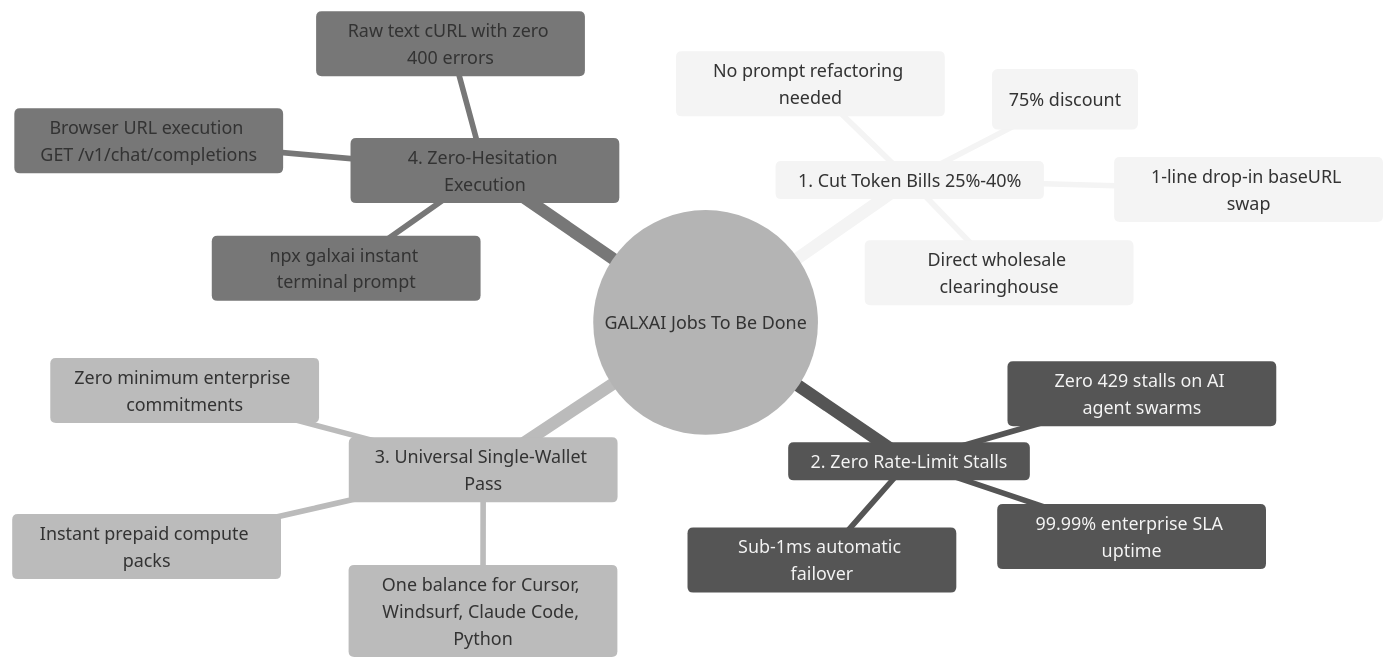
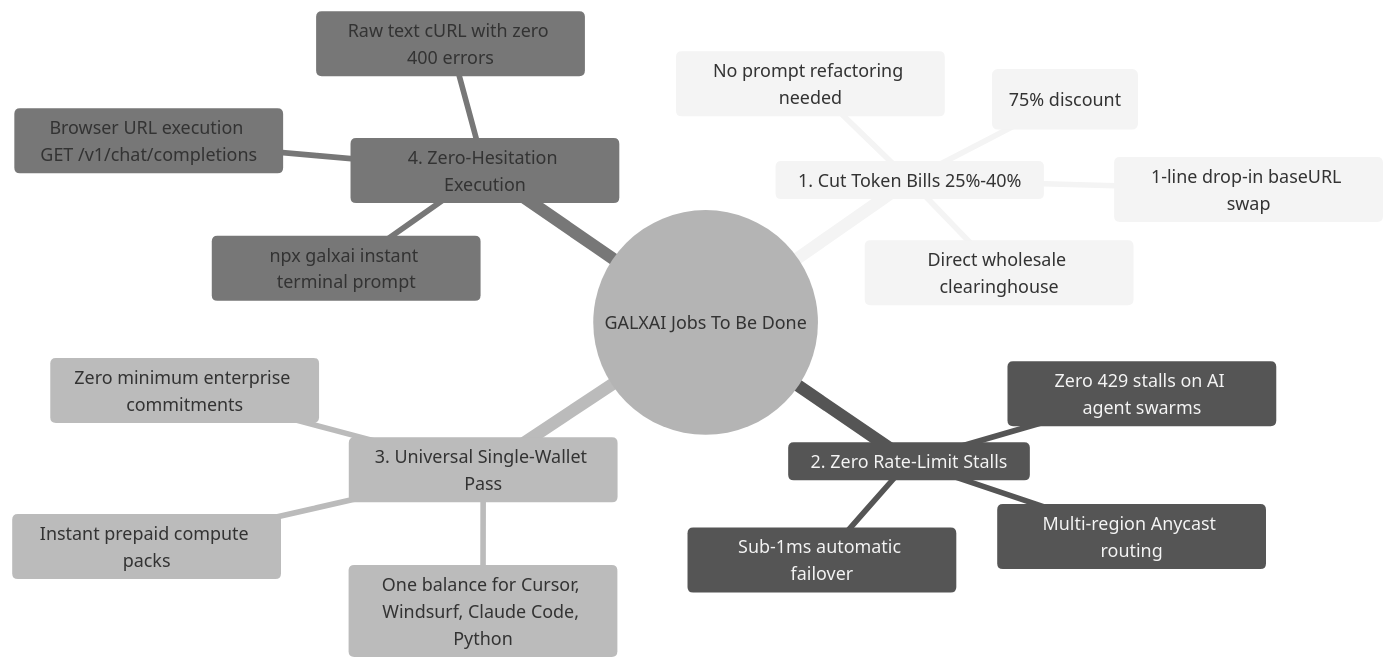
The first of 2 diagrams in README.md (CardSorting/GALXAI), drawn with Mermaid (neutral theme) before and after one commit. The commit also changed other lines of this file and 22 other files, not shown here.

````diff
--- a/README.md
+++ b/README.md
@@ -19,21 +19,21 @@
 ```mermaid
 mindmap
   root((GALXAI Jobs To Be Done))
     1. Cut Token Bills 25%-40%
       Direct wholesale clearinghouse
       100% prompt cache pass-through (75% discount)
       1-line drop-in baseURL swap
       No prompt refactoring needed
     2. Zero Rate-Limit Stalls
       Zero 429 stalls on AI agent swarms
       Sub-1ms automatic failover
-      99.99% enterprise SLA uptime
+      Multi-region Anycast routing
     3. Universal Single-Wallet Pass
       One balance for Cursor, Windsurf, Claude Code, Python
       Zero minimum enterprise commitments
       Instant prepaid compute packs
     4. Zero-Hesitation Execution
       npx galxai instant terminal prompt
       Browser URL execution GET /v1/chat/completions
       Raw text cURL with zero 400 errors
 ```
````
